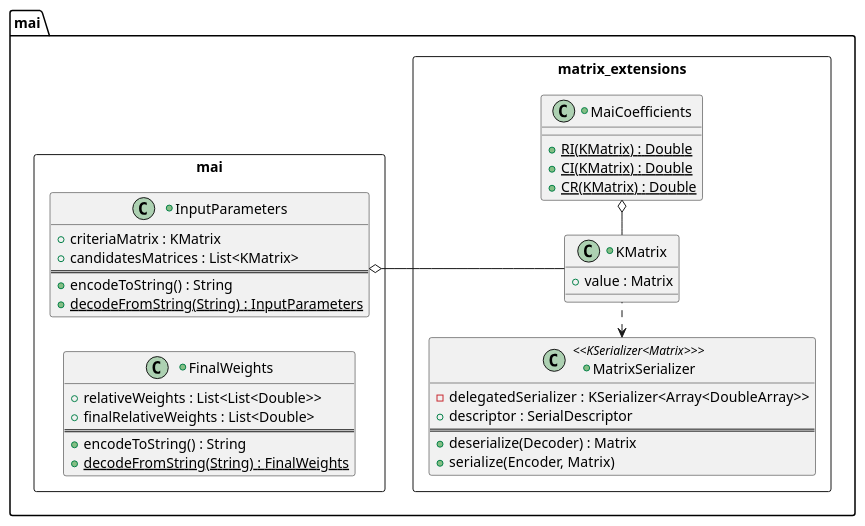
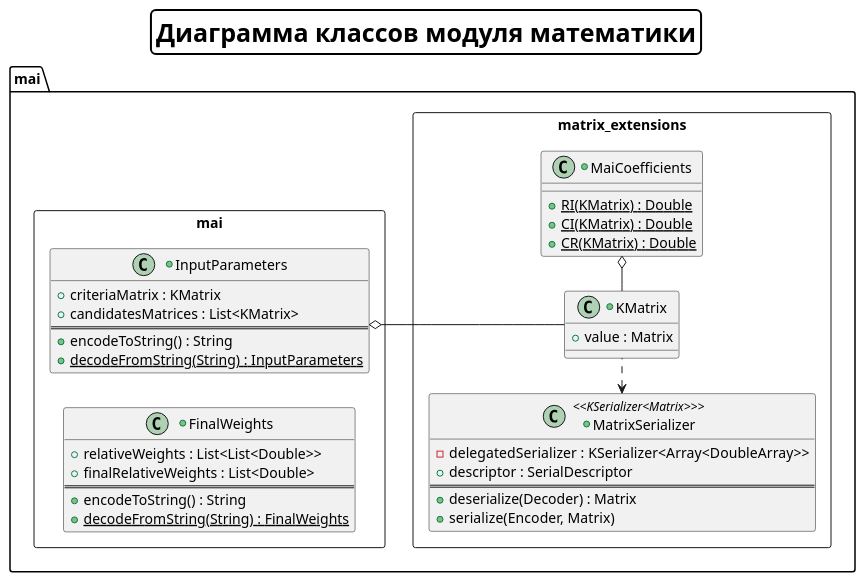
Before and after one commit to ethernet389/MAI-2: the diagram in diagrams/architecture/mai.puml, drawn with PlantUML. The commit also changed 5 other files, not shown here.

Commit message:
Add modules.puml and add titles to diagrams

```diff
--- a/diagrams/architecture/mai.puml
+++ b/diagrams/architecture/mai.puml
@@ -1,52 +1,58 @@
 @startuml
 
 left to right direction
 skinparam linetype ortho
+skinparam titleBorderRoundCorner 10
+skinparam titleBorderThickness 2
+skinparam titleBorderColor black
+skinparam titleFontSize 25
+
+title Диаграмма классов модуля математики
 
 /' Object '/
 package mai {
     rectangle mai {
         +class FinalWeights {
             +relativeWeights : List<List<Double>>
             +finalRelativeWeights : List<Double>
             ==
             +encodeToString() : String
             {static} +decodeFromString(String) : FinalWeights
         }
 
         +class InputParameters {
             +criteriaMatrix : KMatrix
             +candidatesMatrices : List<KMatrix>
             ==
             +encodeToString() : String
             {static} +decodeFromString(String) : InputParameters
         }
     }
 
     rectangle matrix_extensions {
         +class KMatrix {
             +value : Matrix
         }
 
         +class MatrixSerializer <<KSerializer<Matrix>>> {
             -delegatedSerializer :  KSerializer<Array<DoubleArray>>
             +descriptor : SerialDescriptor
             ==
             +deserialize(Decoder) : Matrix
             +serialize(Encoder, Matrix)
         }
 
         +class MaiCoefficients {
             {static} +RI(KMatrix) : Double
             {static} +CI(KMatrix) : Double
             {static} +CR(KMatrix) : Double
         }
     }
 }
 
 /' Relation '/
 MatrixSerializer <..r KMatrix
 KMatrix --ro MaiCoefficients
 KMatrix --uo InputParameters
 
 @enduml
```
